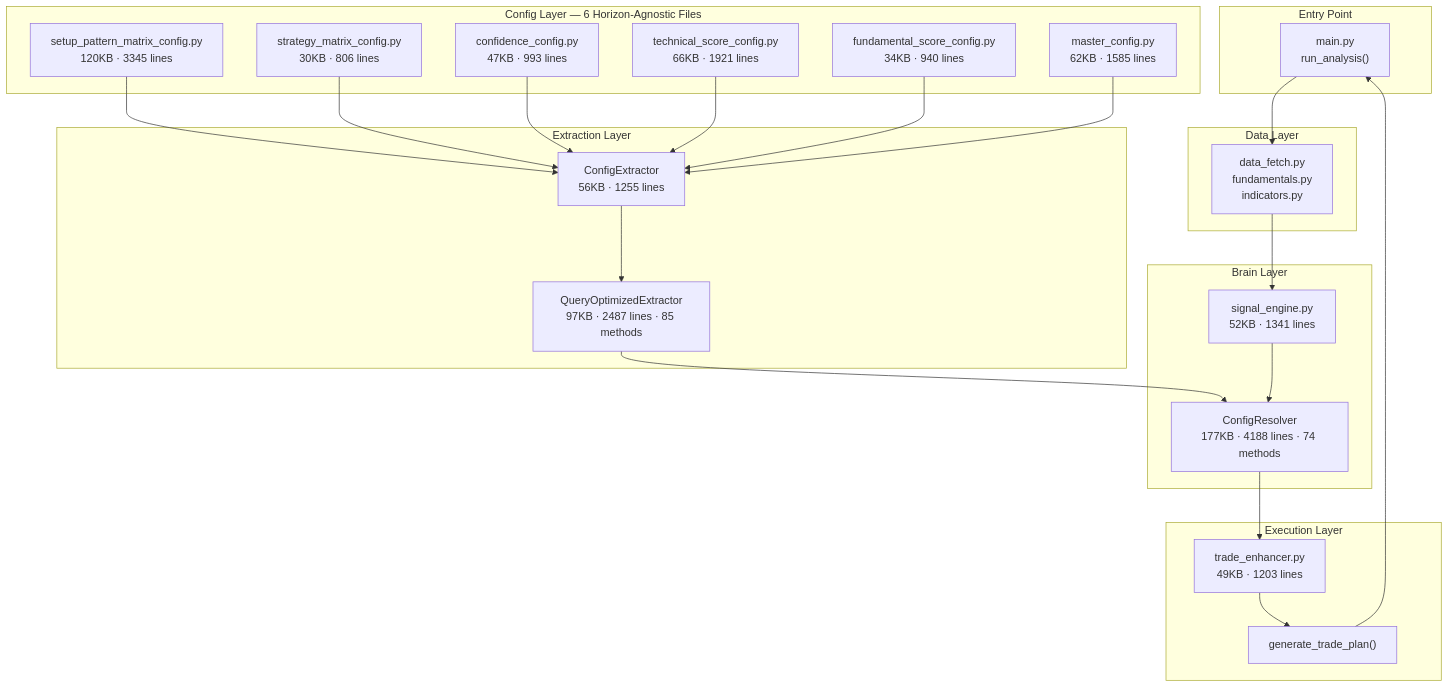
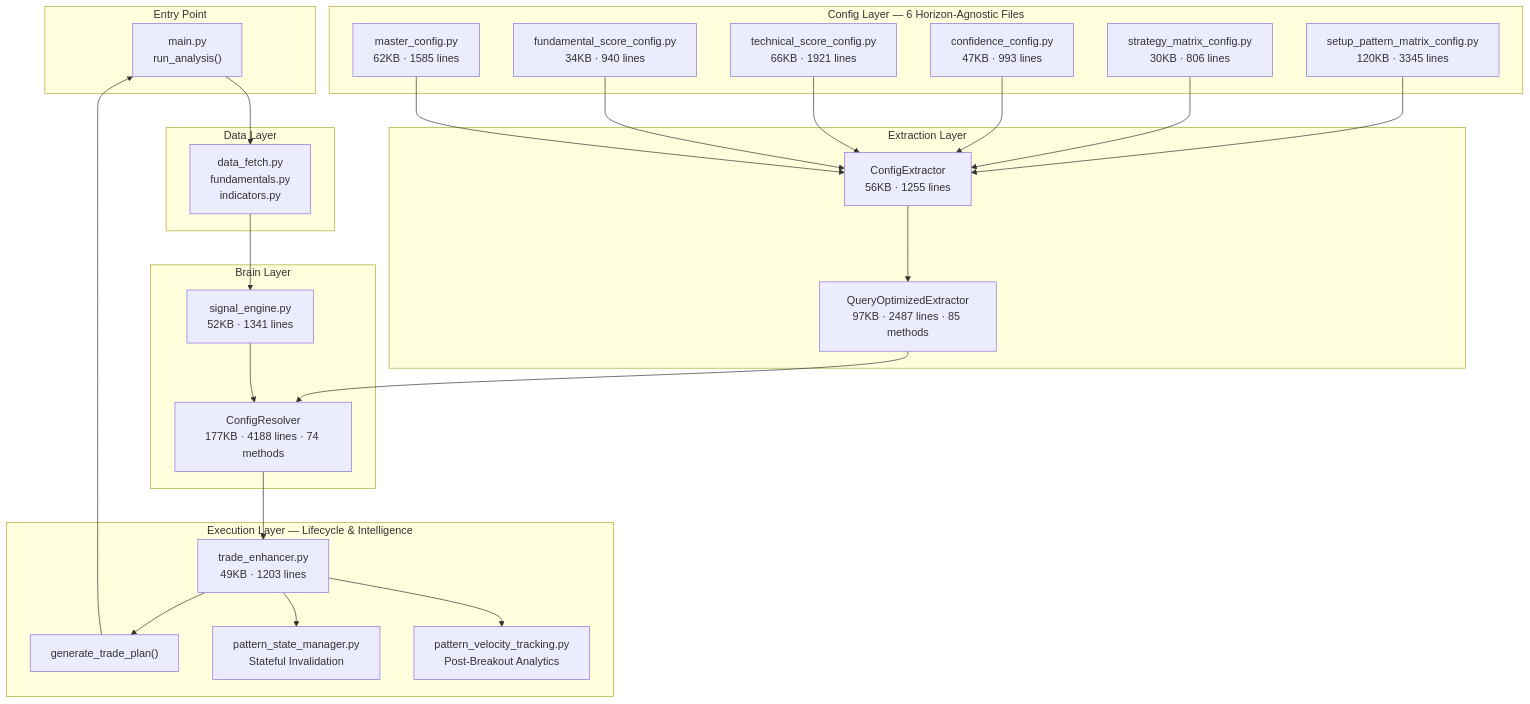
The first of 2 diagrams in README.md (tshashwat7/analysis_app_py), drawn with Mermaid before and after one commit. The commit also changed other lines of this file and 31 other files, not shown here.

````diff
--- a/README.md
+++ b/README.md
@@ -45,44 +45,48 @@
 ```mermaid
 graph TD
     subgraph "Entry Point"
         A["main.py<br>run_analysis()"]
     end
     
     subgraph "Data Layer"
         B["data_fetch.py<br>fundamentals.py<br>indicators.py"]
     end
     
     subgraph "Config Layer — 6 Horizon-Agnostic Files"
         C1["setup_pattern_matrix_config.py<br>120KB · 3345 lines"]
         C2["strategy_matrix_config.py<br>30KB · 806 lines"]
         C3["confidence_config.py<br>47KB · 993 lines"]
         C4["technical_score_config.py<br>66KB · 1921 lines"]
         C5["fundamental_score_config.py<br>34KB · 940 lines"]
         C6["master_config.py<br>62KB · 1585 lines"]
     end
     
     subgraph "Extraction Layer"
         D1["ConfigExtractor<br>56KB · 1255 lines"]
         D2["QueryOptimizedExtractor<br>97KB · 2487 lines · 85 methods"]
     end
     
     subgraph "Brain Layer"
         E["ConfigResolver<br>177KB · 4188 lines · 74 methods"]
         F["signal_engine.py<br>52KB · 1341 lines"]
     end
     
-    subgraph "Execution Layer"
+    subgraph "Execution Layer — Lifecycle & Intelligence"
         G["trade_enhancer.py<br>49KB · 1203 lines"]
         H["generate_trade_plan()"]
+        PSM["pattern_state_manager.py<br>Stateful Invalidation"]
+        PVT["pattern_velocity_tracking.py<br>Post-Breakout Analytics"]
     end
     
     A --> B
     B --> F
     C1 & C2 & C3 & C4 & C5 & C6 --> D1
     D1 --> D2
     D2 --> E
     F --> E
     E --> G
     G --> H
+    G --> PSM
+    G --> PVT
     H --> A
 ```
````
